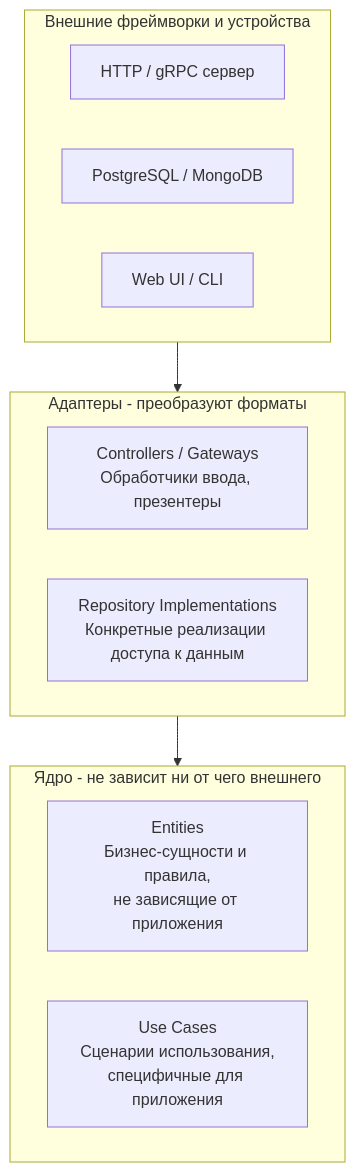
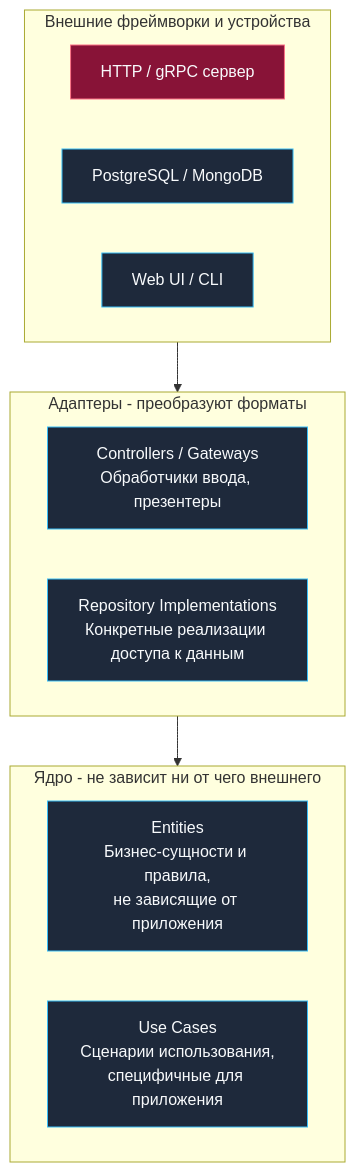
The diagram in sources/11. Архитектура и System Design/14. Clean Architecture и Dependency Rule.md (UnrealTemplier/go-textbook), drawn with Mermaid before and after one commit. The commit also changed 1666 other files, not shown here.

First line of the commit message:
feat(mermaid): add semantic color classDef to 1369 colorless flowchart/graph diagrams

````diff
--- a/sources/11. Архитектура и System Design/14. Clean Architecture и Dependency Rule.md
+++ b/sources/11. Архитектура и System Design/14. Clean Architecture и Dependency Rule.md
@@ -13,20 +13,30 @@
 ```mermaid
 flowchart TD
+    classDef process  fill:#1e293b,stroke:#38bdf8,stroke-width:1px,color:#f8fafc
+    classDef success  fill:#064e3b,stroke:#34d399,stroke-width:1px,color:#f8fafc
+    classDef error    fill:#7f1d1d,stroke:#f87171,stroke-width:1px,color:#f8fafc
+    classDef warning  fill:#78350f,stroke:#fbbf24,stroke-width:1px,color:#f8fafc
+    classDef entry    fill:#1e3a5f,stroke:#38bdf8,stroke-width:2px,color:#f8fafc
+    classDef aux      fill:#334155,stroke:#64748b,stroke-width:1px,color:#f8fafc
+    classDef system   fill:#312e81,stroke:#a78bfa,stroke-width:1px,color:#f8fafc
+    classDef data     fill:#132d29,stroke:#2dd4bf,stroke-width:1px,color:#f8fafc
+    classDef network  fill:#881337,stroke:#fb7185,stroke-width:1px,color:#f8fafc
+    classDef accent   fill:#1e1b4b,stroke:#818cf8,stroke-width:1px,color:#f8fafc
     subgraph Core["Ядро - не зависит ни от чего внешнего"]
-        Entities["Entities<br>Бизнес-сущности и правила,<br>не зависящие от приложения"]
-        UseCases["Use Cases<br>Сценарии использования,<br>специфичные для приложения"]
+        Entities["Entities<br>Бизнес-сущности и правила,<br>не зависящие от приложения"]:::process
+        UseCases["Use Cases<br>Сценарии использования,<br>специфичные для приложения"]:::process
     end
 
     subgraph Adapters["Адаптеры - преобразуют форматы"]
-        Controllers["Controllers / Gateways<br>Обработчики ввода, презентеры"]
-        RepoImpl["Repository Implementations<br>Конкретные реализации доступа к данным"]
+        Controllers["Controllers / Gateways<br>Обработчики ввода, презентеры"]:::process
+        RepoImpl["Repository Implementations<br>Конкретные реализации доступа к данным"]:::process
     end
 
     subgraph External["Внешние фреймворки и устройства"]
-        HTTP["HTTP / gRPC сервер"]
-        DB["PostgreSQL / MongoDB"]
-        WebUI["Web UI / CLI"]
+        HTTP["HTTP / gRPC сервер"]:::network
+        DB["PostgreSQL / MongoDB"]:::process
+        WebUI["Web UI / CLI"]:::process
     end
 
     External --> Adapters --> Core
 ```
````
